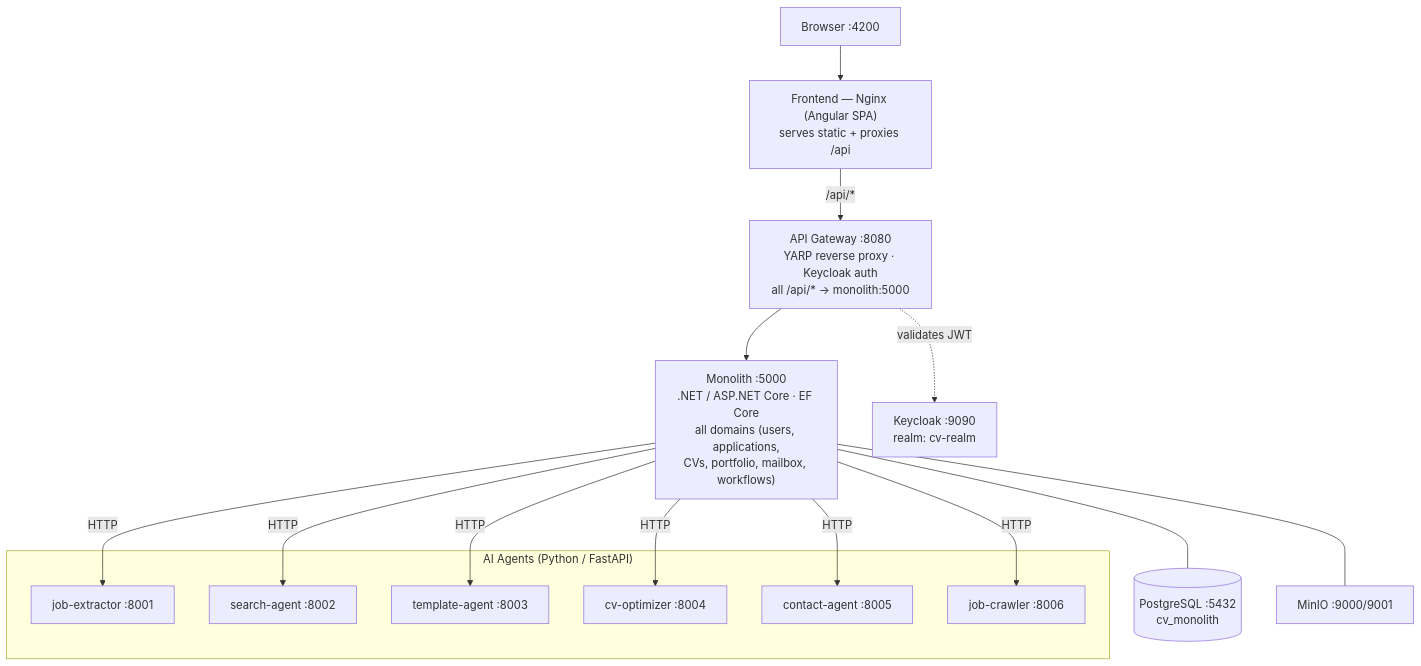
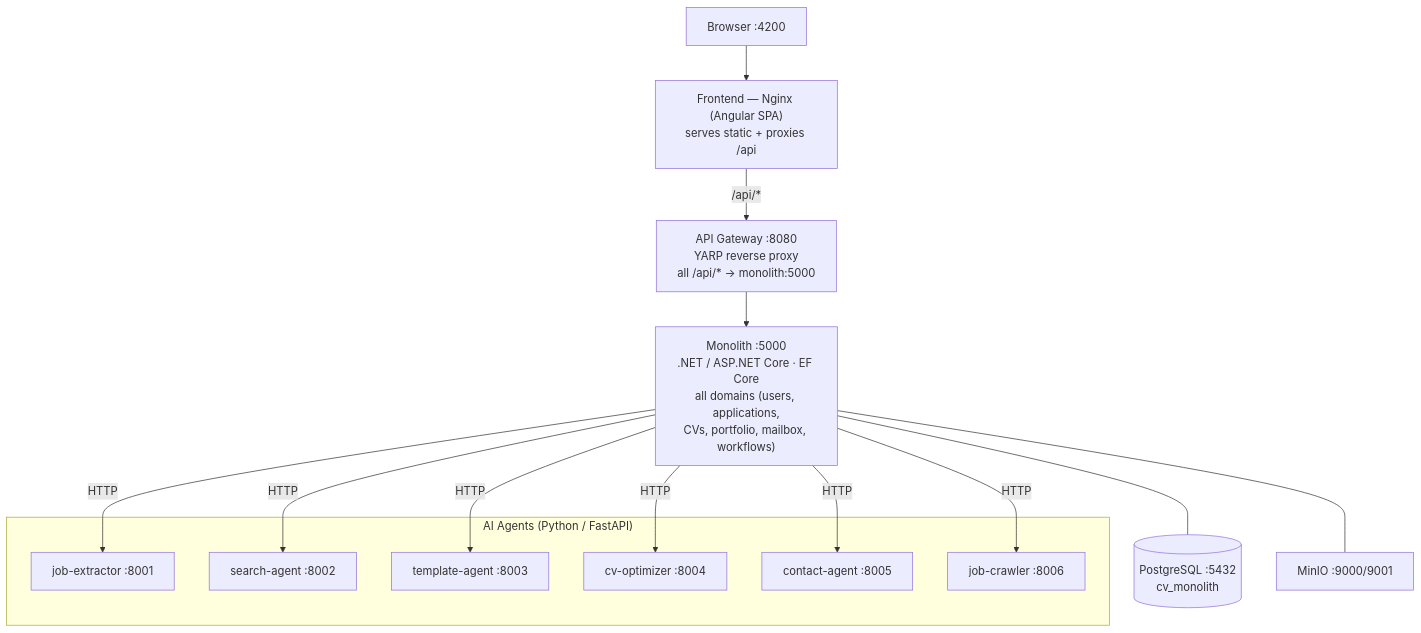
The diagram in readme.md (moha-elh/Propel), drawn with Mermaid before and after one commit. The commit also changed other lines of this file and 155 other files, not shown here.

````diff
--- a/readme.md
+++ b/readme.md
@@ -18,25 +18,23 @@
 ```mermaid
 flowchart TB
     Browser["Browser :4200"]
     Nginx["Frontend — Nginx (Angular SPA)<br/>serves static + proxies /api"]
-    Gateway["API Gateway :8080<br/>YARP reverse proxy · Keycloak auth<br/>all /api/* → monolith:5000"]
+    Gateway["API Gateway :8080<br/>YARP reverse proxy<br/>all /api/* → monolith:5000"]
     Monolith["Monolith :5000<br/>.NET / ASP.NET Core · EF Core<br/>all domains (users, applications,<br/>CVs, portfolio, mailbox, workflows)"]
-    Keycloak["Keycloak :9090<br/>realm: cv-realm"]
     PG[("PostgreSQL :5432<br/>cv_monolith")]
     MinIO["MinIO :9000/9001"]
 
     subgraph Agents["AI Agents (Python / FastAPI)"]
         JE["job-extractor :8001"]
         SA["search-agent :8002"]
         TA["template-agent :8003"]
         CO["cv-optimizer :8004"]
         CA["contact-agent :8005"]
         JC["job-crawler :8006"]
     end
 
     Browser --> Nginx -->|/api/*| Gateway --> Monolith
-    Gateway -. validates JWT .-> Keycloak
     Monolith --- PG
     Monolith --- MinIO
     Monolith -->|HTTP| JE & SA & TA & CO & CA & JC
 ```
````
